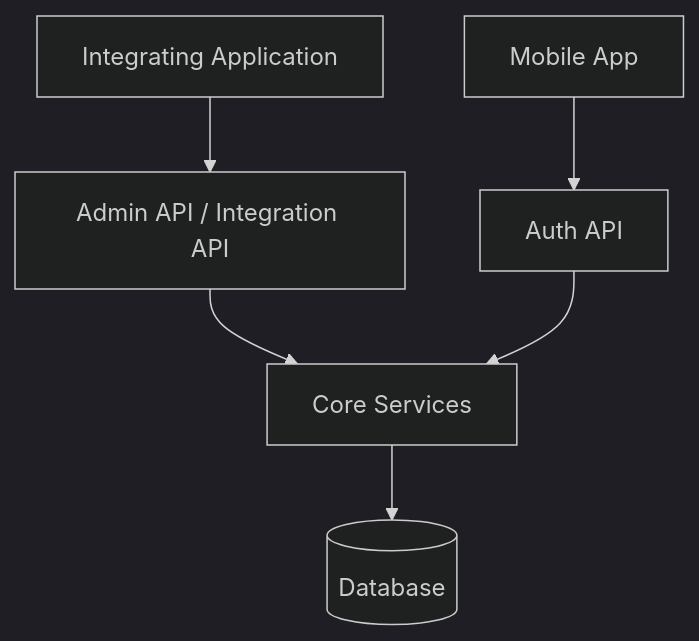
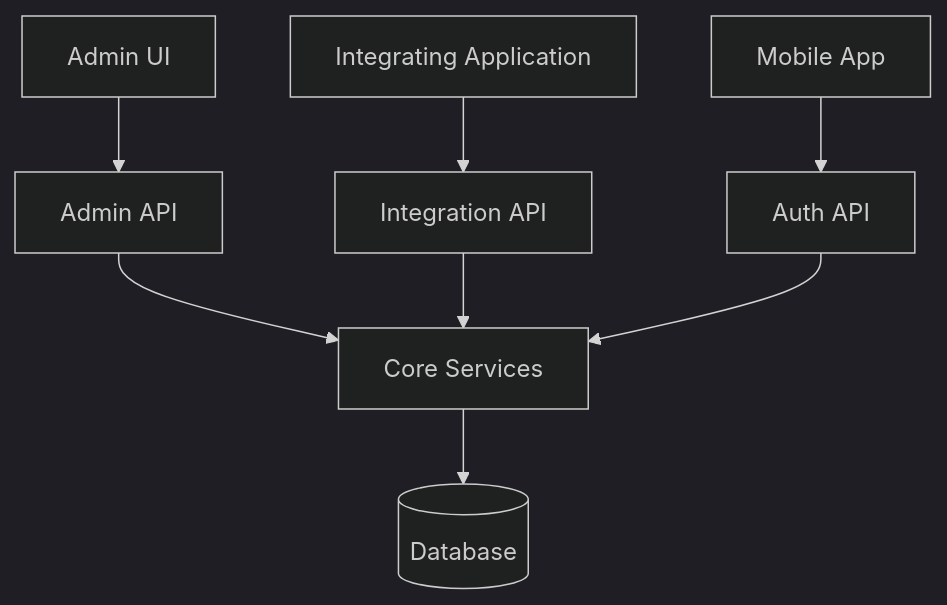
One commit to mgagp/ezkey changed the diagram in docs/ARCHITECTURE.md. Above: the diagram before and after it, drawn with Mermaid (dark theme). The commit also changed other lines of this file and 7 other files, not shown here.

````diff
--- a/docs/ARCHITECTURE.md
+++ b/docs/ARCHITECTURE.md
@@ -19,8 +20,10 @@
 ```mermaid
 graph TB
-    App[Integrating Application] --> Admin[Admin API / Integration API]
-    Admin --> Core[Core Services]
+    AdminUi[Admin UI] --> AdminApi[Admin API]
+    App[Integrating Application] --> IntegrationApi[Integration API]
+    AdminApi --> Core[Core Services]
+    IntegrationApi --> Core
     Auth[Auth API] --> Core
     Mobile[Mobile App] --> Auth
     Core --> Db[(Database)]
 ```
````
